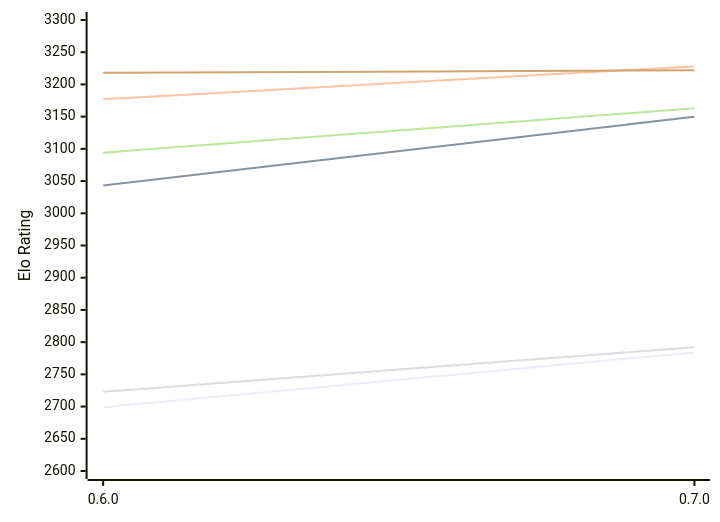
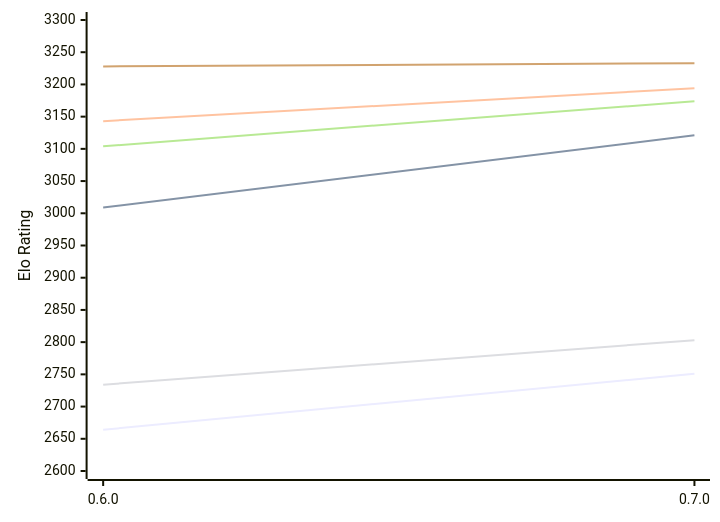
The first of 2 diagrams in engines/AteNika.md (computer-chess-index/cci), drawn with Mermaid before and after one commit. The commit also changed other lines of this file, not shown here.

Commit message:
Update CCI Ratings (ELO VLTC) - 2026-11-12

````diff
--- a/engines/AteNika.md
+++ b/engines/AteNika.md
@@ -52,12 +52,12 @@
 ```mermaid
 %%{init: {"theme":"base","themeVariables":{"seriesColors:['#a3a3a3','#222221','#faa371']}}}%%
 xychart-beta
   x-axis ["0.6.0", "0.7.0"]
   y-axis "Elo Rating" 2600 --> 3300
-  line "E1: STC (8.0+0.08s)" [2699, 2784]
-  line "E1: LTC (60.0+0.60s)" [3043, 3150]
-  line "E1: VLTC (2m24s+1.12s)" [3177, 3228]
-  line "P1: STC (8.0+0.08s)" [2723, 2792]
-  line "P1: LTC (60.0+0.60s)" [3094, 3163]
-  line "P1: VLTC (2m24s+1.12s)" [3218, 3222]
+  line "E1: STC (8.0+0.08s)" [2664, 2751]
+  line "E1: LTC (60.0+0.60s)" [3009, 3121]
+  line "E1: VLTC (2m24s+1.12s)" [3143, 3194]
+  line "P1: STC (8.0+0.08s)" [2734, 2803]
+  line "P1: LTC (60.0+0.60s)" [3104, 3174]
+  line "P1: VLTC (2m24s+1.12s)" [3228, 3233]
 ```
````
